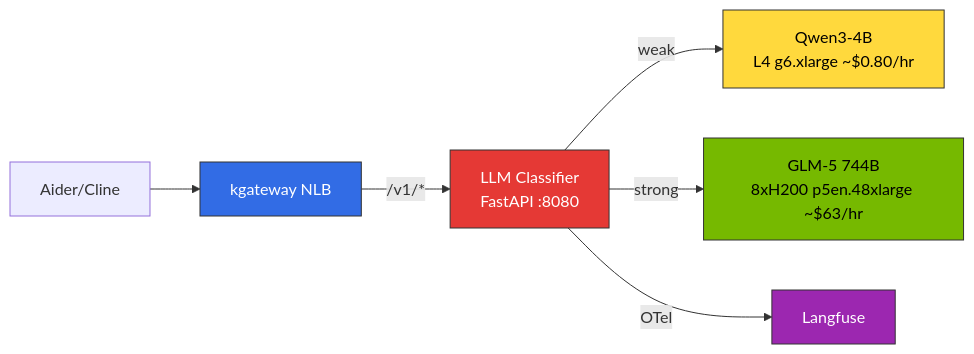
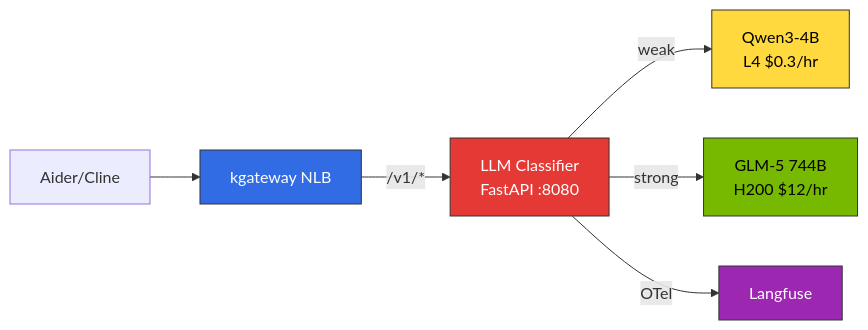
The first of 3 diagrams in docs/agentic-ai-platform/reference-architecture/inference-gateway/setup/advanced-features.md (devfloor9/engineering-playbook), drawn with Mermaid before and after one commit. The commit also changed other lines of this file and 954 other files, not shown here.

````diff
--- a/docs/agentic-ai-platform/reference-architecture/inference-gateway/setup/advanced-features.md
+++ b/docs/agentic-ai-platform/reference-architecture/inference-gateway/setup/advanced-features.md
@@ -40,14 +37,14 @@
 ```mermaid
 graph LR
     Client[Aider/Cline] --> KGW[kgateway NLB]
     KGW -->|/v1/*| CLS[LLM Classifier<br/>FastAPI :8080]
-    CLS -->|weak| SLM[Qwen3-4B<br/>L4 g6.xlarge ~$0.80/hr]
-    CLS -->|strong| LLM[GLM-5 744B<br/>8xH200 p5en.48xlarge ~$63/hr]
+    CLS -->|weak| SLM[Qwen3-4B<br/>L4 $0.3/hr]
+    CLS -->|strong| LLM[GLM-5 744B<br/>H200 $12/hr]
     CLS -->|OTel| LF[Langfuse]
     
     style KGW fill:#326ce5,stroke:#333,color:#fff
     style CLS fill:#e53935,stroke:#333,color:#fff
     style SLM fill:#ffd93d,stroke:#333,color:#000
     style LLM fill:#76b900,stroke:#333,color:#000
     style LF fill:#9c27b0,stroke:#333,color:#fff
 ```
````
